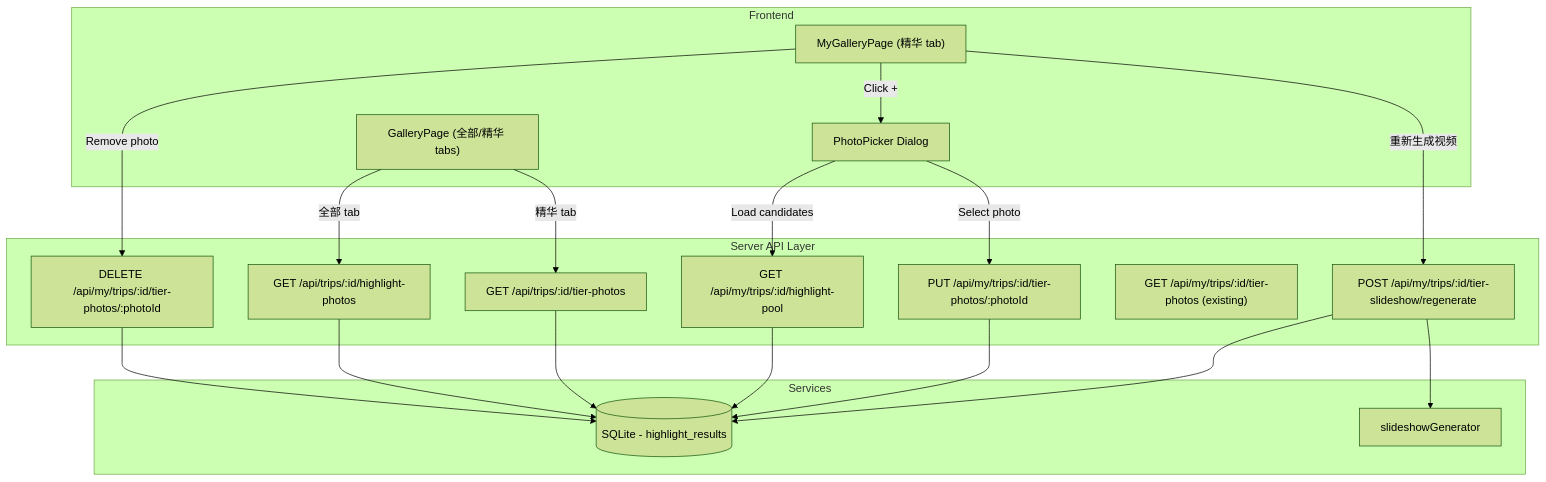
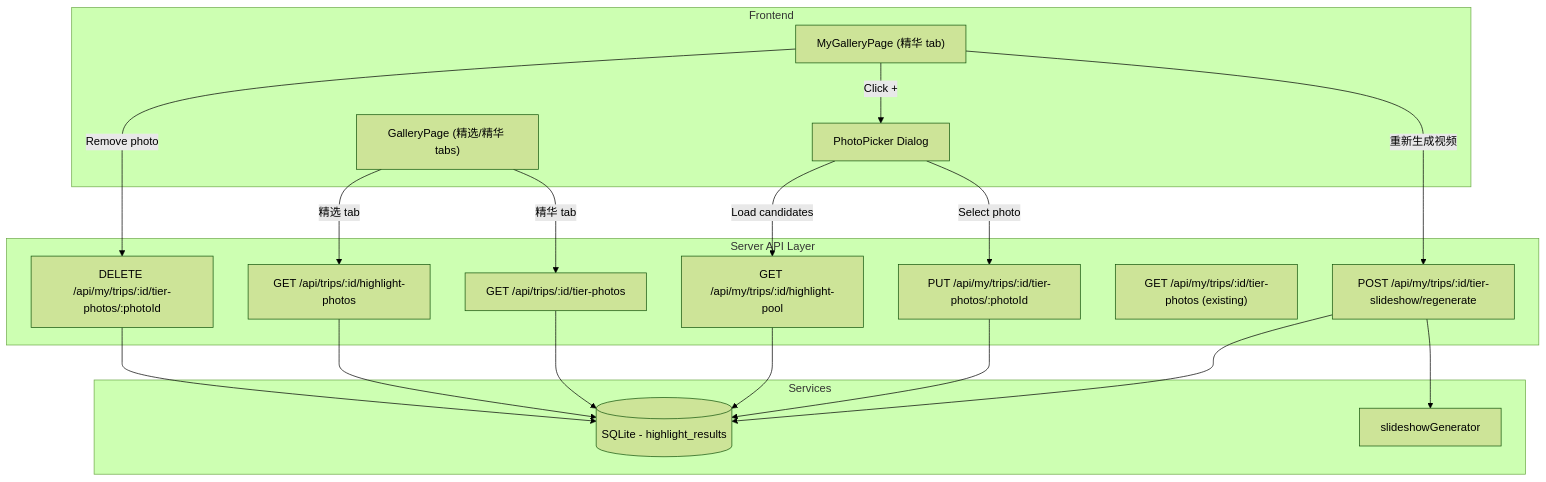
Before and after one commit to alex8158/travel-album-site: the diagram in .kiro/specs/manual-photo-management/design.md, drawn with Mermaid (forest theme). The commit also changed other lines of this file and 8 other files, not shown here.

````diff
--- a/.kiro/specs/manual-photo-management/design.md
+++ b/.kiro/specs/manual-photo-management/design.md
@@ -15,39 +15,39 @@
 ```mermaid
 flowchart TD
     subgraph Frontend
         MG["MyGalleryPage (精华 tab)"]
         PP["PhotoPicker Dialog"]
-        PG["GalleryPage (全部/精华 tabs)"]
+        PG["GalleryPage (精选/精华 tabs)"]
     end
 
     subgraph Backend["Server API Layer"]
         PUT_ADD["PUT /api/my/trips/:id/tier-photos/:photoId"]
         DEL_REM["DELETE /api/my/trips/:id/tier-photos/:photoId"]
         POST_REGEN["POST /api/my/trips/:id/tier-slideshow/regenerate"]
         GET_TIER["GET /api/trips/:id/tier-photos"]
         GET_HL["GET /api/trips/:id/highlight-photos"]
         GET_MY_TIER["GET /api/my/trips/:id/tier-photos (existing)"]
         GET_MY_POOL["GET /api/my/trips/:id/highlight-pool"]
     end
 
     subgraph Services
         DB[(SQLite - highlight_results)]
         SG["slideshowGenerator"]
     end
 
     MG -->|"Remove photo"| DEL_REM
     MG -->|"Click +"| PP
     PP -->|"Load candidates"| GET_MY_POOL
     PP -->|"Select photo"| PUT_ADD
     MG -->|"重新生成视频"| POST_REGEN
-    PG -->|"全部 tab"| GET_HL
+    PG -->|"精选 tab"| GET_HL
     PG -->|"精华 tab"| GET_TIER
 
     PUT_ADD --> DB
     DEL_REM --> DB
     POST_REGEN --> DB
     POST_REGEN --> SG
     GET_TIER --> DB
     GET_HL --> DB
     GET_MY_POOL --> DB
 ```
````
